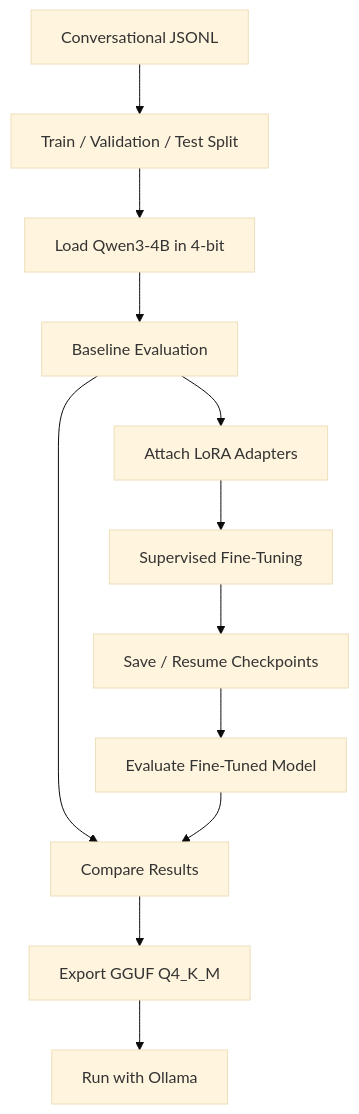
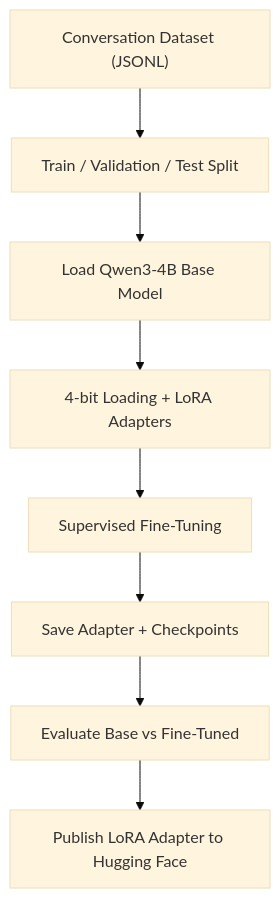
Before and after one commit to the007prime/Qwen_prime: the diagram in README.md, drawn with Mermaid (base theme). The commit also changed other lines of this file, not shown here.

````diff
--- a/README.md
+++ b/README.md
@@ -31,14 +32,10 @@
 ```mermaid
 flowchart TD
-    A["Conversational JSONL"] --> B["Train / Validation / Test Split"]
-    B --> C["Load Qwen3-4B in 4-bit"]
-    C --> D["Baseline Evaluation"]
-    D --> E["Attach LoRA Adapters"]
-    E --> F["Supervised Fine-Tuning"]
-    F --> G["Save / Resume Checkpoints"]
-    G --> H["Evaluate Fine-Tuned Model"]
-    D --> I["Compare Results"]
-    H --> I
-    I --> J["Export GGUF Q4_K_M"]
-    J --> K["Run with Ollama"]
+    A["Conversation Dataset (JSONL)"] --> B["Train / Validation / Test Split"]
+    B --> C["Load Qwen3-4B Base Model"]
+    C --> D["4-bit Loading + LoRA Adapters"]
+    D --> E["Supervised Fine-Tuning"]
+    E --> F["Save Adapter + Checkpoints"]
+    F --> G["Evaluate Base vs Fine-Tuned"]
+    G --> H["Publish LoRA Adapter to Hugging Face"]
 ```
````
